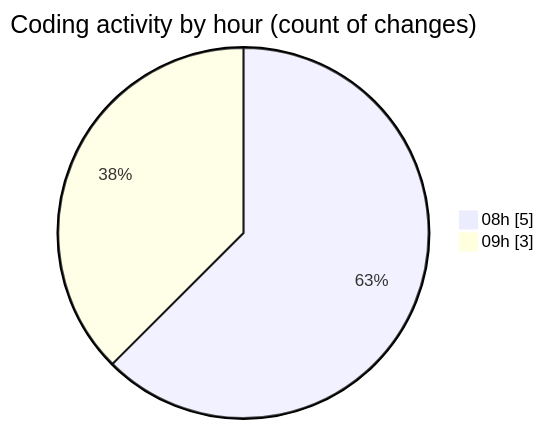
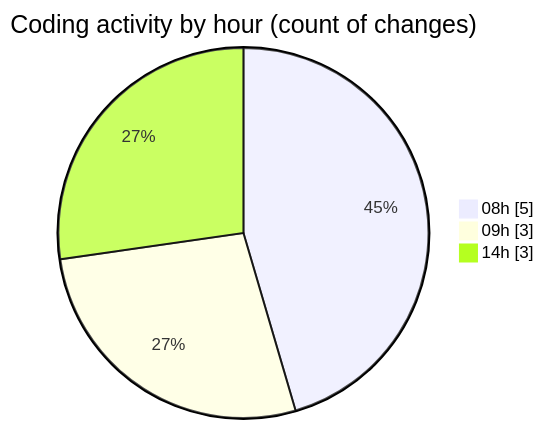
One commit to LanceThiago/code-tracking changed the second of 2 diagrams in 2026-08-31/web/README.md. Above: the diagram before and after it, drawn with Mermaid. The commit also changed other lines of this file and 1 other file, not shown here.

````diff
--- a/2026-08-31/web/README.md
+++ b/2026-08-31/web/README.md
@@ -29,6 +30,7 @@
 ```mermaid
 pie showData
 title Coding activity by hour (count of changes)
 "08h" : 5
 "09h" : 3
+"14h" : 3
 ```
````
